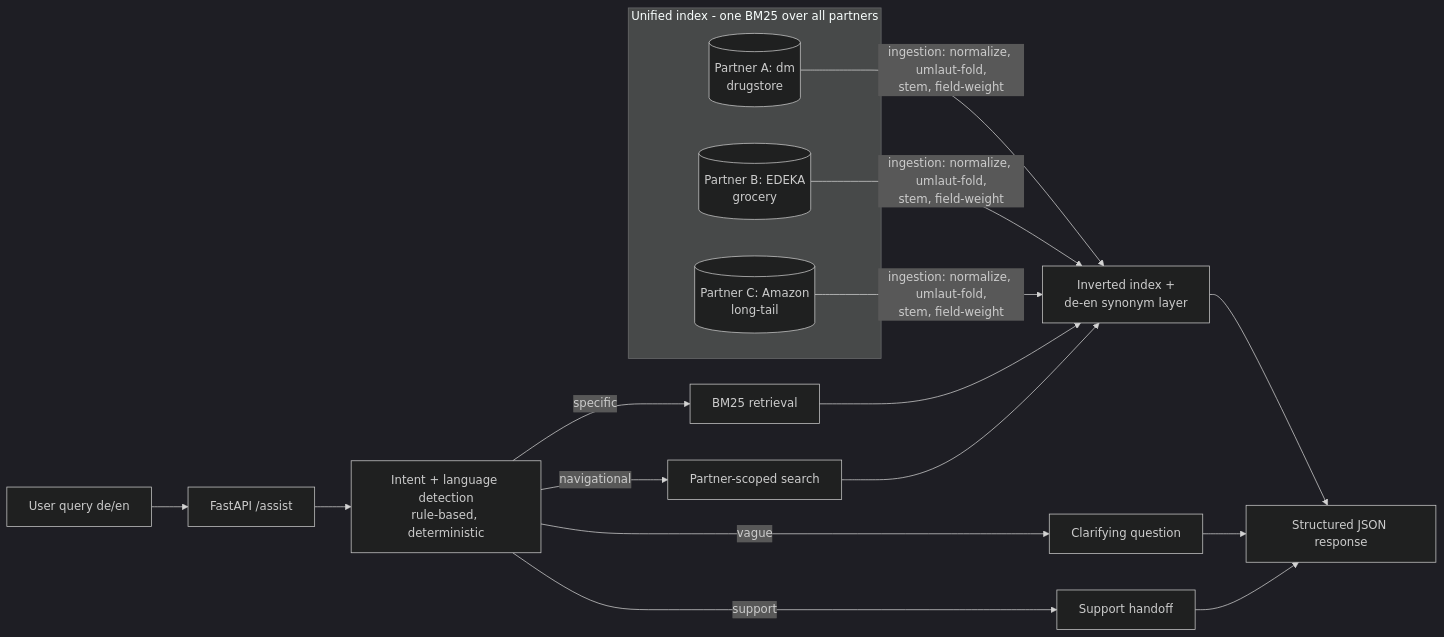
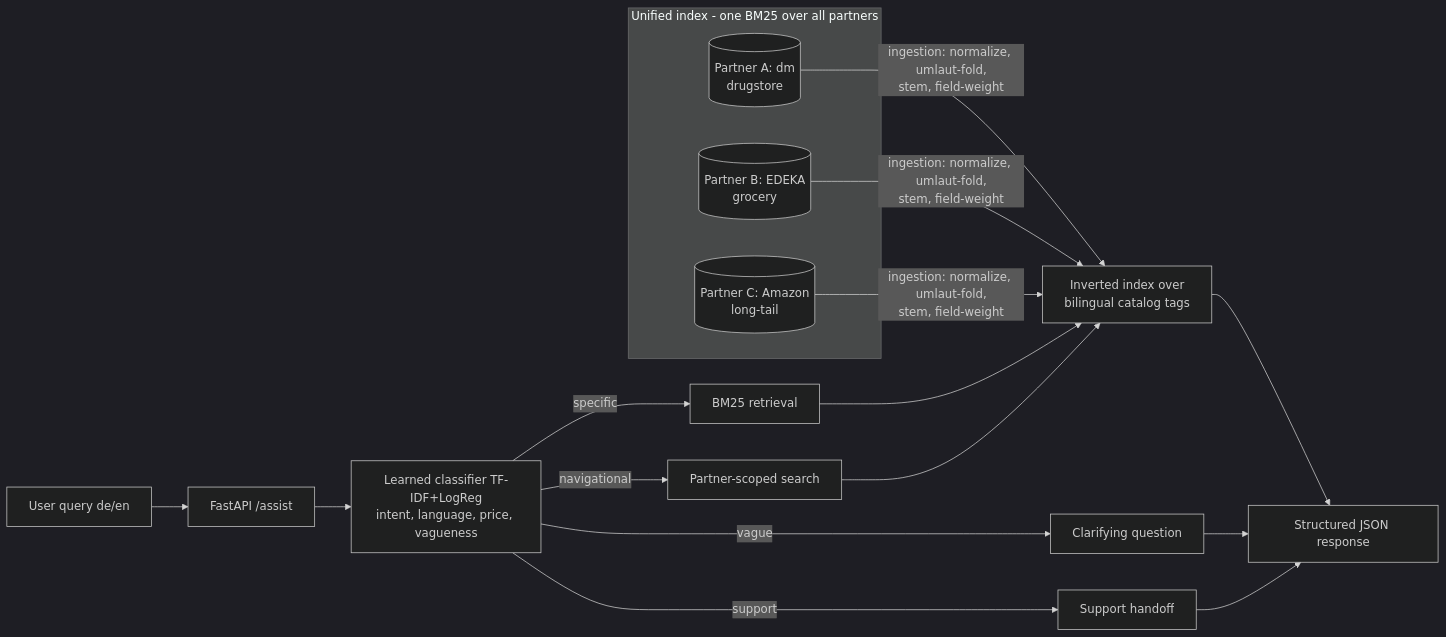
The diagram in README.md (niserson/payback-assistant), drawn with Mermaid (dark theme) before and after one commit. The commit also changed other lines of this file and 21 other files, not shown here.

First line of the commit message:
Replace all hand-coded lexicons with a learned classifier (TF-IDF + LogReg)

````diff
--- a/README.md
+++ b/README.md
@@ -43,20 +44,20 @@
 ```mermaid
 flowchart LR
     U[User query de/en] --> API[FastAPI /assist]
-    API --> I[Intent + language detection<br/>rule-based, deterministic]
+    API --> I[Learned classifier TF-IDF+LogReg<br/>intent, language, price, vagueness]
     I -->|specific| R[BM25 retrieval]
     I -->|vague| C[Clarifying question]
     I -->|navigational| P[Partner-scoped search]
     I -->|support| S[Support handoff]
     subgraph Unified index - one BM25 over all partners
         A[(Partner A: dm<br/>drugstore)]
         B[(Partner B: EDEKA<br/>grocery)]
         C3[(Partner C: Amazon<br/>long-tail)]
     end
-    A & B & C3 -->|ingestion: normalize, umlaut-fold,<br/>stem, field-weight| IDX[Inverted index +<br/>de-en synonym layer]
+    A & B & C3 -->|ingestion: normalize, umlaut-fold,<br/>stem, field-weight| IDX[Inverted index over<br/>bilingual catalog tags]
     R --> IDX
     P --> IDX
     IDX --> J[Structured JSON response]
     C --> J
     S --> J
 ```
````
